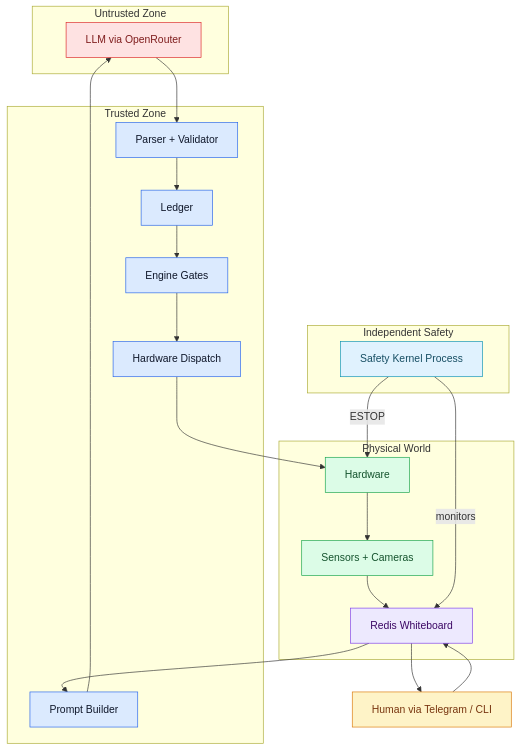
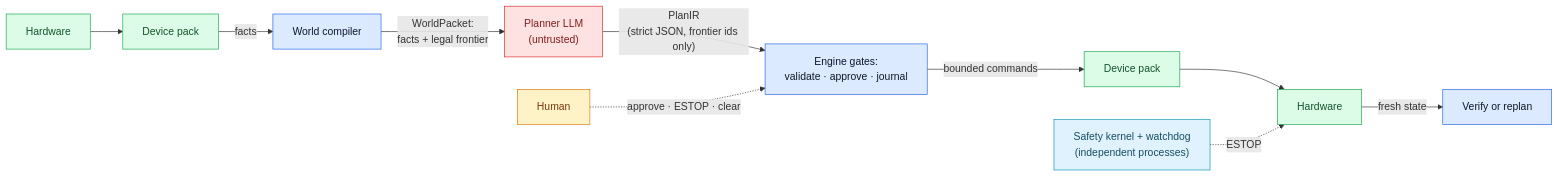
One commit to anieyrudh/Wallee changed the diagram in README.md. Above: the diagram before and after it, drawn with Mermaid. The commit also changed other lines of this file and 7 other files, not shown here.

````diff
--- a/README.md
+++ b/README.md
@@ -53,52 +57,27 @@
 ```mermaid
 %%{init: {'theme':'base','themeVariables': {
-  'primaryColor':'#dbeafe',
-  'primaryTextColor':'#0f172a',
-  'primaryBorderColor':'#2563eb',
-  'secondaryColor':'#dcfce7',
-  'secondaryTextColor':'#14532d',
-  'secondaryBorderColor':'#16a34a',
-  'tertiaryColor':'#fef3c7',
-  'tertiaryTextColor':'#78350f',
-  'tertiaryBorderColor':'#d97706',
-  'lineColor':'#475569',
-  'fontSize':'14px'
+  'primaryColor':'#dbeafe','primaryTextColor':'#0f172a','primaryBorderColor':'#2563eb',
+  'lineColor':'#475569','fontSize':'14px'
 }}%%
-graph TD
-    subgraph "Untrusted Zone"
-        LLM["LLM via OpenRouter"]
-    end
-    subgraph "Trusted Zone"
-        PROMPT["Prompt Builder"] --> LLM
-        LLM --> PARSER["Parser + Validator"]
-        PARSER --> LEDGER["Ledger"]
-        LEDGER --> ENGINE["Engine Gates"]
-        ENGINE --> DISPATCH["Hardware Dispatch"]
-    end
-    subgraph "Physical World"
-        DISPATCH --> HARDWARE["Hardware"]
-        HARDWARE --> SENSORS["Sensors + Cameras"]
-        SENSORS --> WB["Redis Whiteboard"]
-        WB --> PROMPT
-    end
-    subgraph "Independent Safety"
-        SAFETY["Safety Kernel Process"] -->|"ESTOP"| HARDWARE
-        SAFETY -->|"monitors"| WB
-    end
-    HUMAN["Human via Telegram / CLI"] --> WB
-    WB --> HUMAN
-
-    class LLM untrusted
-    class PROMPT,PARSER,LEDGER,ENGINE,DISPATCH trusted
-    class WB state
-    class HARDWARE,SENSORS hardware
-    class SAFETY safety
-    class HUMAN human
+flowchart LR
+    HW["Hardware"] --> PACK["Device pack"]
+    PACK -->|"facts"| WC["World compiler"]
+    WC -->|"WorldPacket:\nfacts + legal frontier"| LLM["Planner LLM\n(untrusted)"]
+    LLM -->|"PlanIR\n(strict JSON, frontier ids only)"| ENG["Engine gates:\nvalidate · approve · journal"]
+    ENG -->|"bounded commands"| PACK2["Device pack"]
+    PACK2 --> HW2["Hardware"]
+    HW2 -->|"fresh state"| VER["Verify or replan"]
+    SAFE["Safety kernel + watchdog\n(independent processes)"] -.->|"ESTOP"| HW2
+    HUMAN["Human"] -.->|"approve · ESTOP · clear"| ENG
 
     classDef untrusted fill:#fee2e2,stroke:#dc2626,color:#7f1d1d
     classDef trusted fill:#dbeafe,stroke:#2563eb,color:#0f172a
-    classDef state fill:#ede9fe,stroke:#7c3aed,color:#3b0764
     classDef hardware fill:#dcfce7,stroke:#16a34a,color:#14532d
     classDef safety fill:#e0f2fe,stroke:#0891b2,color:#164e63
     classDef human fill:#fef3c7,stroke:#d97706,color:#78350f
+    class LLM untrusted
+    class WC,ENG,VER trusted
+    class HW,HW2,PACK,PACK2 hardware
+    class SAFE safety
+    class HUMAN human
 ```
````
